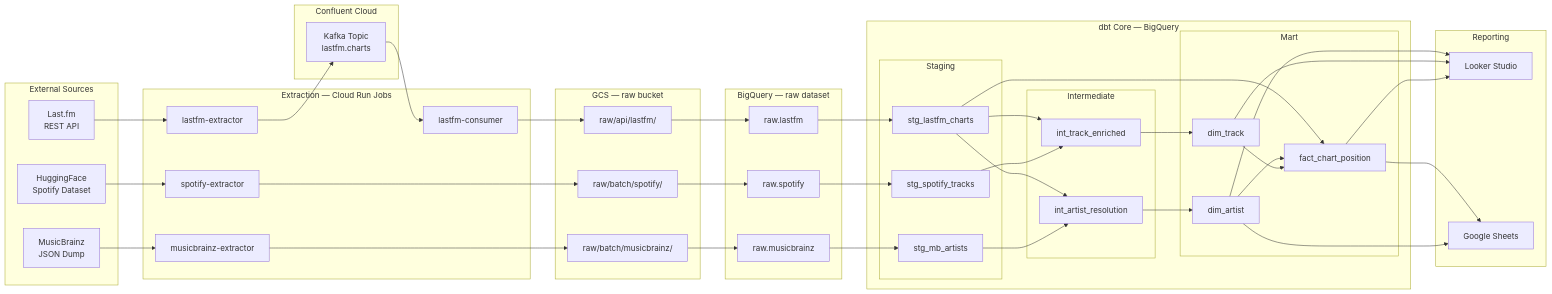
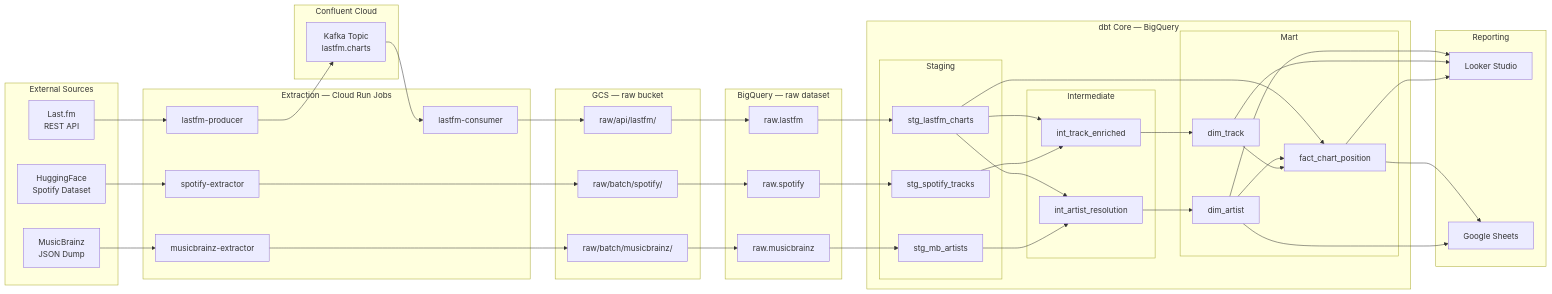
The first of 3 diagrams in TDD.md (dbryne03/gcp-music-0001), drawn with Mermaid before and after one commit. The commit also changed other lines of this file and 9 other files, not shown here.

First line of the commit message:
Rename lastfm → lastfm-producer and clean up test imports

```diff
--- a/TDD.md
+++ b/TDD.md
@@ -62,7 +62,7 @@
     end
 
     subgraph CRJOBS["Extraction — Cloud Run Jobs"]
-        LFMJOB["lastfm-extractor"]
+        LFMJOB["lastfm-producer"]
         MBJOB["musicbrainz-extractor"]
         SPJOB["spotify-extractor"]
         LFMCONS["lastfm-consumer"]
```
